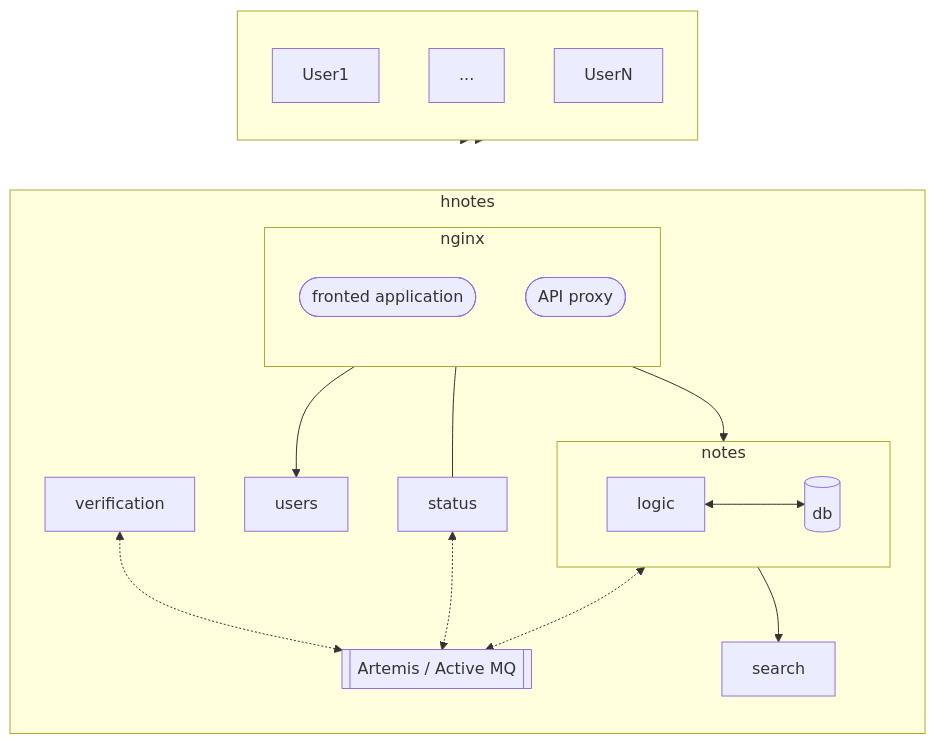
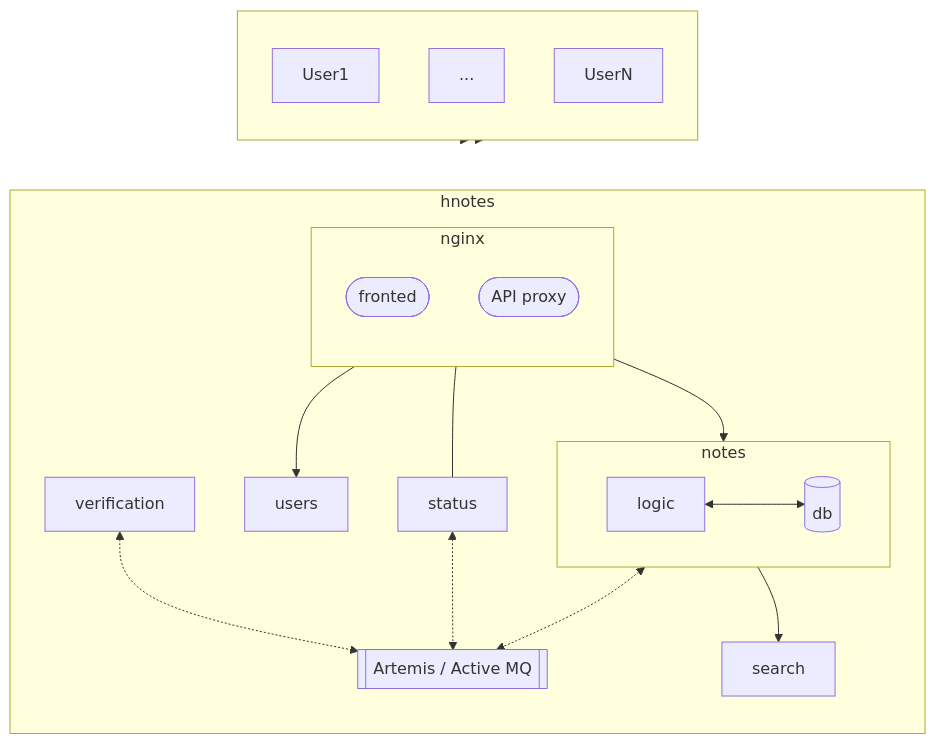
One commit to mateusz-holenko/hnotes changed the diagram in README.md. Above: the diagram before and after it, drawn with Mermaid. The commit also changed other lines of this file, not shown here.

````diff
--- a/README.md
+++ b/README.md
@@ -20,44 +20,44 @@
 ```mermaid
 
 flowchart TB
   direction TB
   subgraph WORLD[" "]
     direction TB
     U1["User1"]
     U2["..."]
     UN["UserN"]
   end
   subgraph HN["hnotes"]
     direction TB
     subgraph NG["nginx"]
         direction TB
-        Angular(["fronted application"])
+        Angular(["fronted"])
         API(["API proxy"])
     end
     US["users"]
     ST["status"]
     VE["verification"]
     SE["search"]
     subgraph NO["notes"]
         direction LR
         logic <--> db[("db")]
     end
 
     BR[["Artemis / Active MQ"]]
 
     API --> NO
     API --> US
 
     NO --> SE
     
     NO <-.-> BR
     VE <-.-> BR
     ST <-.-> BR 
    end
 
   U1 --> NG
   UN --> NG
   NG --- ST
 
   click Angular "https://github.com/mateusz-holenko/hnotes/tree/readme/frontend" "Frontend application source code"
 ```
````
